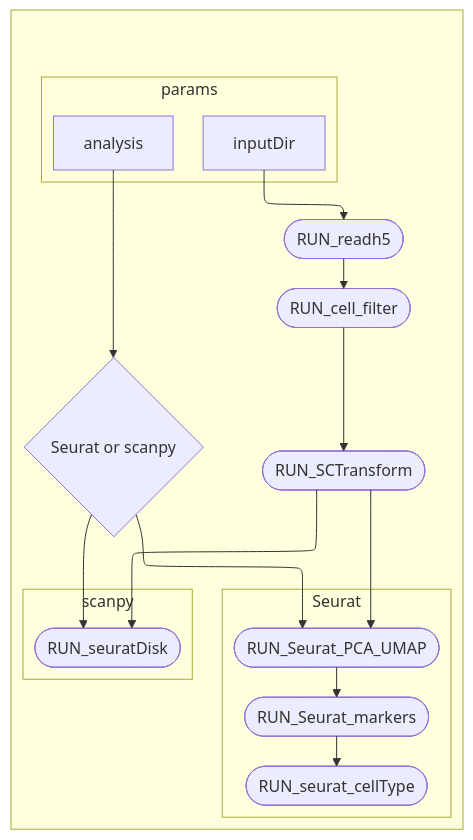
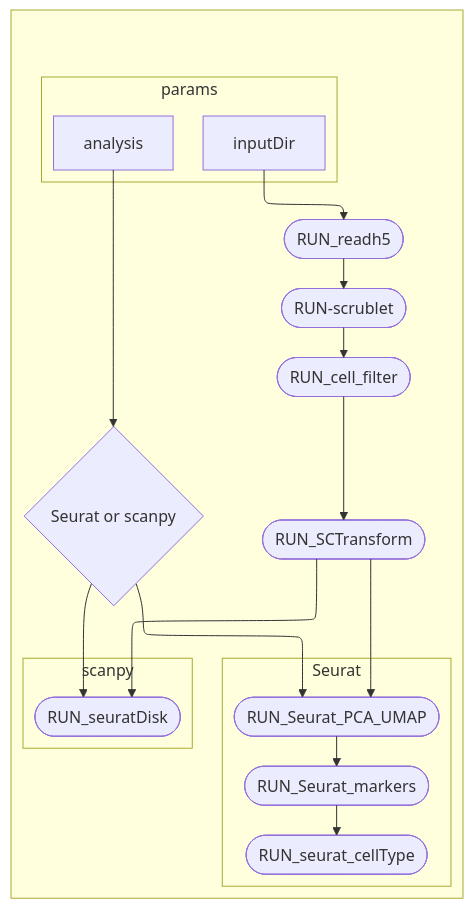
Before and after one commit to bontix-77/scRNAseq: the diagram in Code/nf-scRNA/README.md, drawn with Mermaid. The commit also changed 2 other files, not shown here.

Commit message:
put scrublet in line in the documentation

````diff
--- a/Code/nf-scRNA/README.md
+++ b/Code/nf-scRNA/README.md
@@ -100,33 +100,35 @@
 ``` mermaid
 %%{init: {"flowchart": {"defaultRenderer": "elk"}} }%%
 
 flowchart TB
   subgraph " "
     subgraph params
       v2["analysis"]
       v0["inputDir"]
     end
     v4([RUN_readh5])
+    v12([RUN-scrublet])
     v5([RUN_cell_filter])
     v6([RUN_SCTransform])
     v7{"Seurat or scanpy"}
     subgraph s1["Seurat"]
       v8([RUN_Seurat_PCA_UMAP])
       v9([RUN_Seurat_markers])
       v11([RUN_seurat_cellType])
     end
     subgraph s2["scanpy"]
       v10([RUN_seuratDisk])
     end
     v0 --> v4
-    v4 --> v5
+    v4 --> v12
+    v12 --> v5
     v5 --> v6
     v2 --> v7
     v6 --> v8
     v8 --> v9
     v6 --> v10
     v7 --> v8
     v7 --> v10
     v9 --> v11
   end
 ```
````
